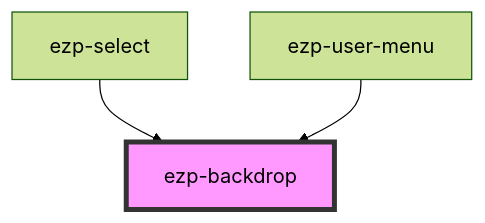
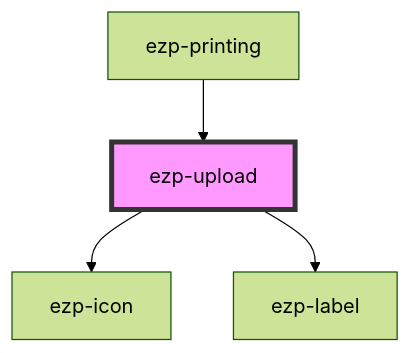
One commit to ezeep/ezeep-js changed the diagram in src/components/ezp-upload/readme.md. Above: the diagram before and after it, drawn with Mermaid (forest theme). The commit also changed other lines of this file and 20 other files, not shown here.

````diff
--- a/src/components/ezp-upload/readme.md
+++ b/src/components/ezp-upload/readme.md
@@ -27,6 +25,7 @@
 ```mermaid
 graph TD;
-  ezp-select --> ezp-backdrop
-  ezp-user-menu --> ezp-backdrop
-  style ezp-backdrop fill:#f9f,stroke:#333,stroke-width:4px
+  ezp-upload --> ezp-icon
+  ezp-upload --> ezp-label
+  ezp-printing --> ezp-upload
+  style ezp-upload fill:#f9f,stroke:#333,stroke-width:4px
 ```
````
